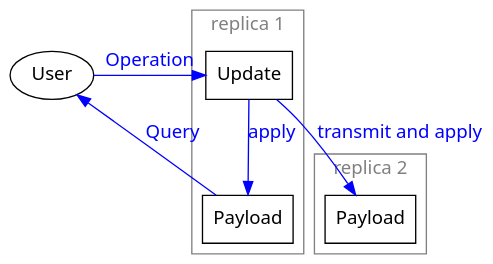
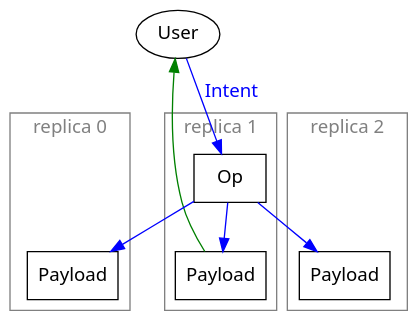
Before and after one commit to cblp/crdt-fpconf2017: the diagram in CmRDT-overview.dot, drawn with Graphviz. The commit also changed 2 other files, not shown here.

```diff
--- a/CmRDT-overview.dot
+++ b/CmRDT-overview.dot
@@ -1,33 +1,48 @@
 digraph {
     bgcolor=transparent;
     fontname="sans";
 
     edge [color=blue, fontcolor=blue, fontname="sans"];
     node [fontname="sans"];
+
+    subgraph cluster0 {
+        fontcolor=gray;
+        color=gray;
+        label="replica 0";
+
+        strut0 [style=invisible];
+        Payload0 [label="Payload", shape=box];
+
+        strut0 -> Payload0 [style=invisible, dir=none];
+    }
 
     User;
 
     subgraph cluster1 {
         fontcolor=gray;
         color=gray;
         label="replica 1";
 
-        Update [shape=box];
+        Op [shape=box];
         Payload1 [label="Payload", shape=box];
 
-        Update -> Payload1 [label="apply"];
+        Op -> Payload1;
     }
+
+    Op -> Payload0;
 
     subgraph cluster2 {
         fontcolor=gray;
         color=gray;
         label="replica 2";
 
+        strut2 [style=invisible];
         Payload2 [label="Payload", shape=box];
 
-        Update -> Payload2 [label="transmit and apply"];
+        strut2 -> Payload2 [style=invisible, dir=none];
+        Op -> Payload2;
     }
 
-    User -> Update [label="Operation", minlen=0];
-    User -> Payload1 [label="Query", dir=back];
+    User -> Op [label="Intent", minlen=1];
+    User -> Payload1 [dir=back, color=green];
 }
```
